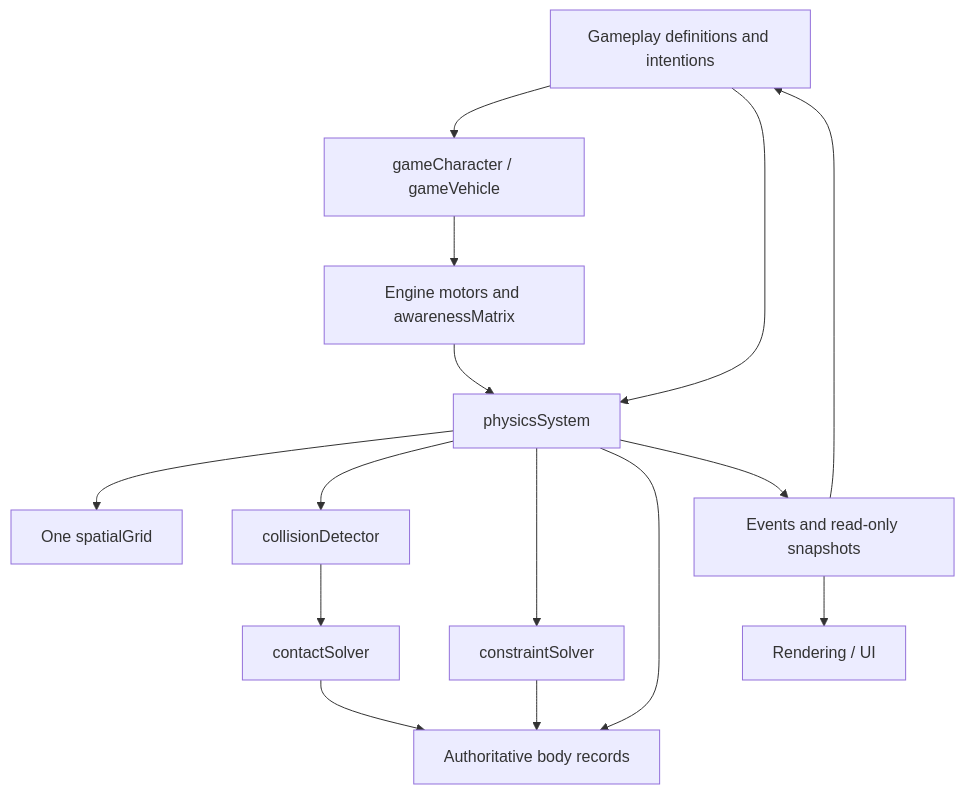
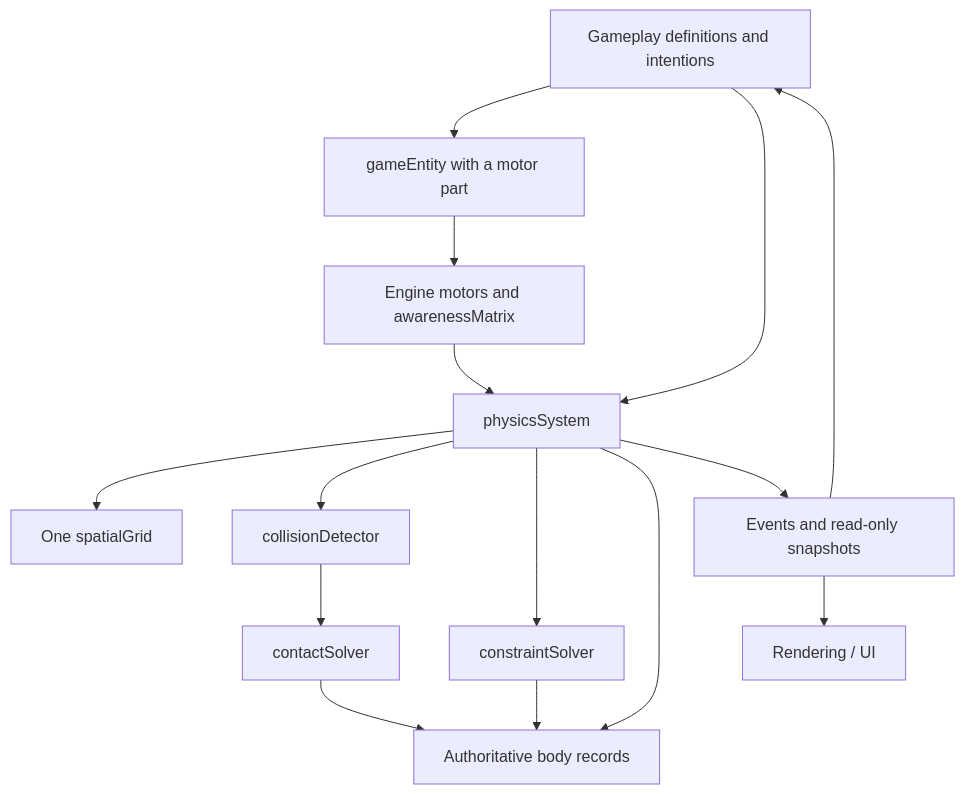
The diagram in src/engine/basement/physics/docs/architecture.md (eternaldark949/DF_TOPDOWNEDITION), drawn with Mermaid before and after one commit. The commit also changed other lines of this file and 51 other files, not shown here.

````diff
--- a/src/engine/basement/physics/docs/architecture.md
+++ b/src/engine/basement/physics/docs/architecture.md
@@ -5,17 +5,17 @@
 ```mermaid
 flowchart TD
-    G[Gameplay definitions and intentions] --> E[gameCharacter / gameVehicle]
+    G[Gameplay definitions and intentions] --> E[gameEntity with a motor part]
     G --> P[physicsSystem]
     E --> M[Engine motors and awarenessMatrix]
     M --> P
     P --> S[One spatialGrid]
     P --> D[collisionDetector]
     D --> C[contactSolver]
     P --> J[constraintSolver]
     P --> R[Authoritative body records]
     C --> R
     J --> R
     P --> O[Events and read-only snapshots]
     O --> G
     O --> V[Rendering / UI]
 ```
````
